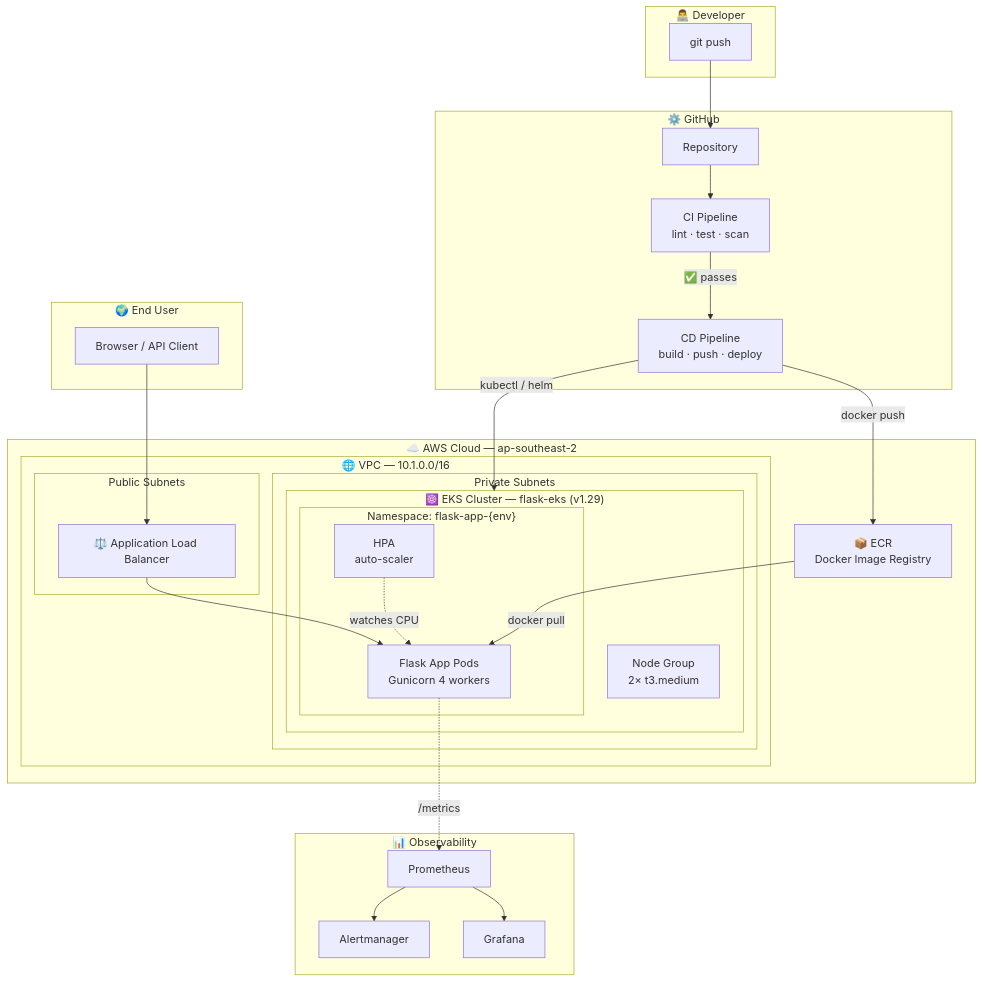
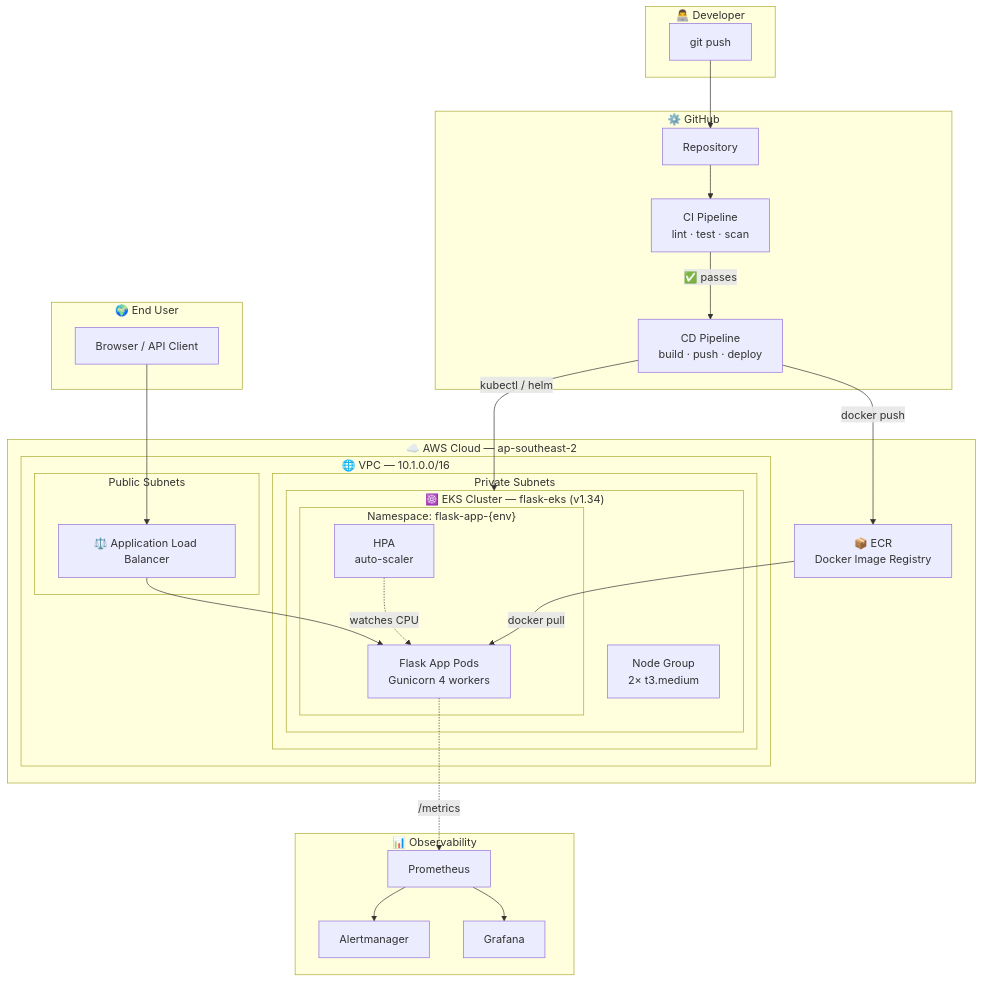
One commit to DevSars24/terraform-eks-devops changed the second of 28 diagrams in README.md. Above: the diagram before and after it, drawn with Mermaid. The commit also changed other lines of this file and 6 other files, not shown here.

````diff
--- a/README.md
+++ b/README.md
@@ -124,50 +124,50 @@
 ```mermaid
 flowchart TB
     subgraph DEV["👨‍💻 Developer"]
         Code["git push"]
     end
 
     subgraph GH["⚙️ GitHub"]
         Repo["Repository"]
         CI["CI Pipeline<br/>lint · test · scan"]
         CD["CD Pipeline<br/>build · push · deploy"]
     end
 
     subgraph AWS["☁️ AWS Cloud — ap-southeast-2"]
         ECR["📦 ECR<br/>Docker Image Registry"]
         subgraph VPC["🌐 VPC — 10.1.0.0/16"]
             subgraph PUB["Public Subnets"]
                 ALB["⚖️ Application Load Balancer"]
             end
             subgraph PRIV["Private Subnets"]
-                subgraph EKS["☸️ EKS Cluster — flask-eks (v1.29)"]
+                subgraph EKS["☸️ EKS Cluster — flask-eks (v1.34)"]
                     NODES["Node Group<br/>2× t3.medium"]
                     subgraph NS["Namespace: flask-app-{env}"]
                         PODS["Flask App Pods<br/>Gunicorn 4 workers"]
                         HPA["HPA<br/>auto-scaler"]
                     end
                 end
             end
         end
     end
 
     subgraph OBS["📊 Observability"]
         PROM["Prometheus"]
         GRAF["Grafana"]
         ALERT["Alertmanager"]
     end
 
     subgraph USER["🌍 End User"]
         Browser["Browser / API Client"]
     end
 
     Code --> Repo --> CI
     CI -->|"✅ passes"| CD
     CD -->|"docker push"| ECR
     ECR -->|"docker pull"| PODS
     CD -->|"kubectl / helm"| EKS
     Browser --> ALB --> PODS
     PODS -.->|"/metrics"| PROM --> GRAF
     PROM --> ALERT
     HPA -.->|"watches CPU"| PODS
 ```
````
